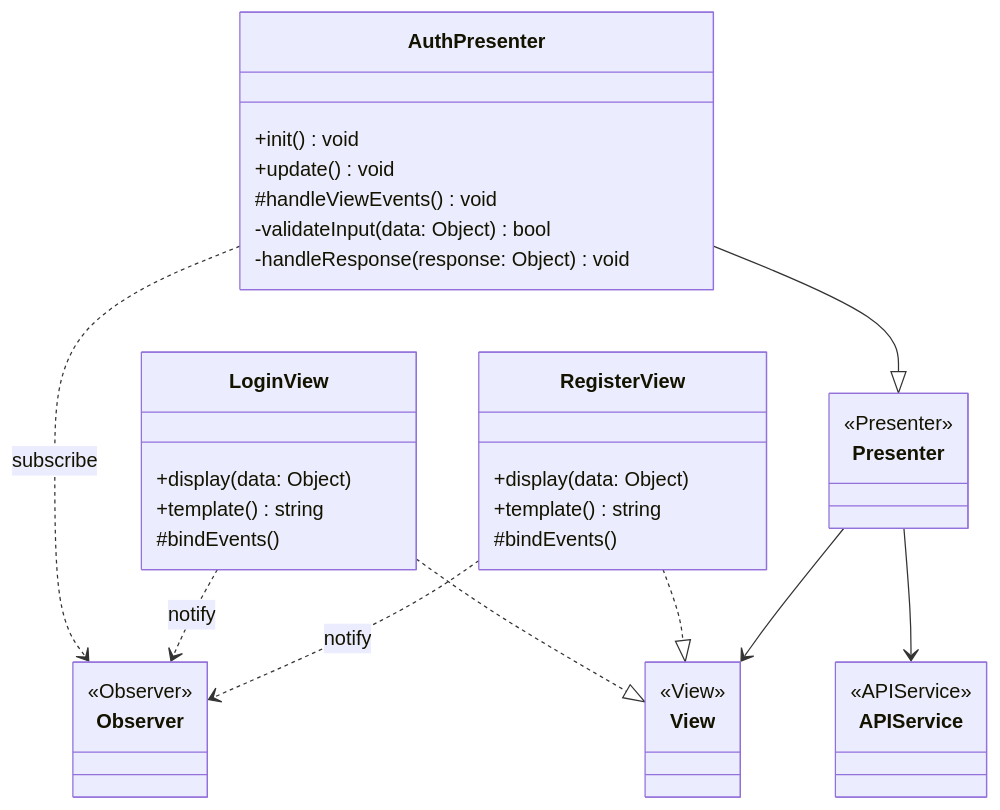
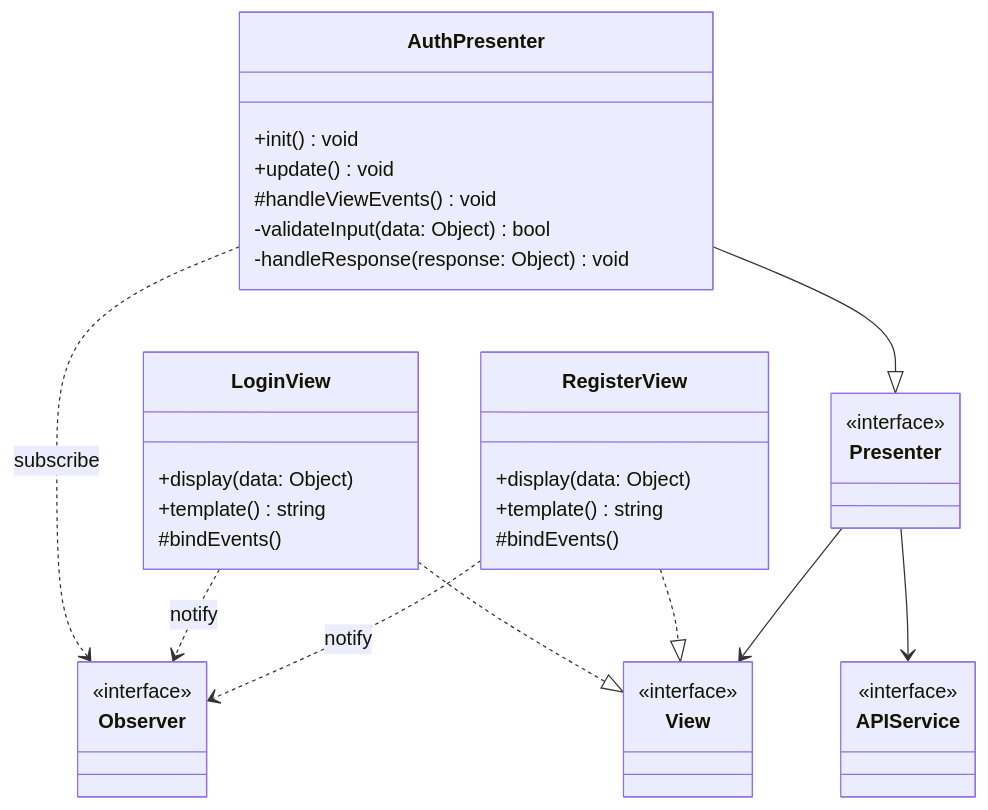
Before and after one commit to mb4dev/progetto-prova: the fourth of 7 diagrams in documentazione/UC01.md, drawn with Mermaid. The commit also changed other lines of this file and 12 other files, not shown here.

````diff
--- a/documentazione/UC01.md
+++ b/documentazione/UC01.md
@@ -106,49 +112,53 @@
 ```mermaid 
 classDiagram
 
     class Observer {
-        <<Observer>>
+        <<interface>>
     }
 
     class View {
-        <<View>>
+        <<interface>>
     }
 
     class LoginView {
         +display(data: Object)
         +template() string
         #bindEvents()
     }
 
     class RegisterView {
         +display(data: Object)
         +template() string
         #bindEvents() 
     }
 
     class Presenter {
-        <<Presenter>>
+        <<interface>>
     }
 
     class AuthPresenter {
         +init() void
         +update() void
         #handleViewEvents() void
         -validateInput(data: Object) bool
         -handleResponse(response: Object) void
     }
 
     class APIService {
-        <<APIService>>
+        <<interface>>
+    }
+
+    class View {
+        <<interface>>
     }
 
     LoginView ..|> View
     RegisterView ..|> View
     AuthPresenter --|> Presenter
     Presenter --> View
     Presenter --> APIService
     
     AuthPresenter ..> Observer : subscribe
     LoginView ..> Observer : notify
     RegisterView ..> Observer : notify
 ```
````
